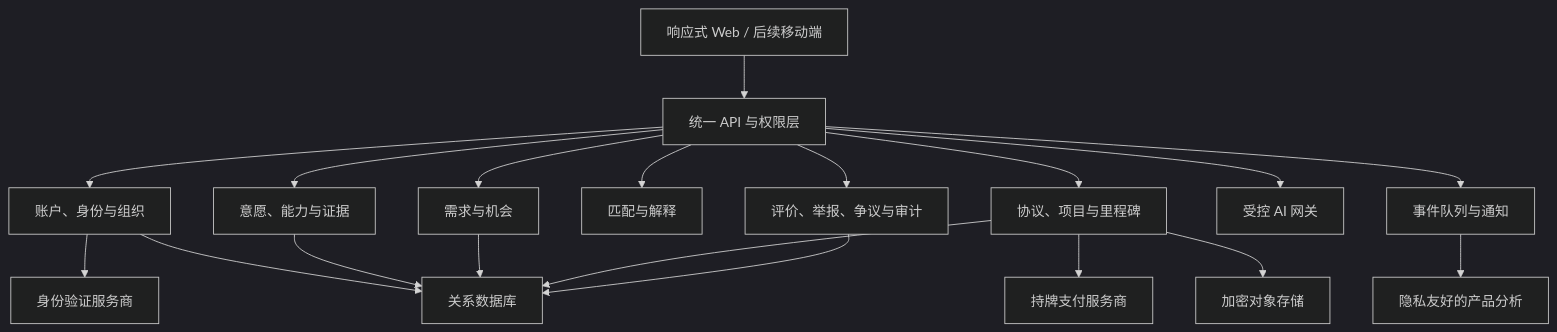
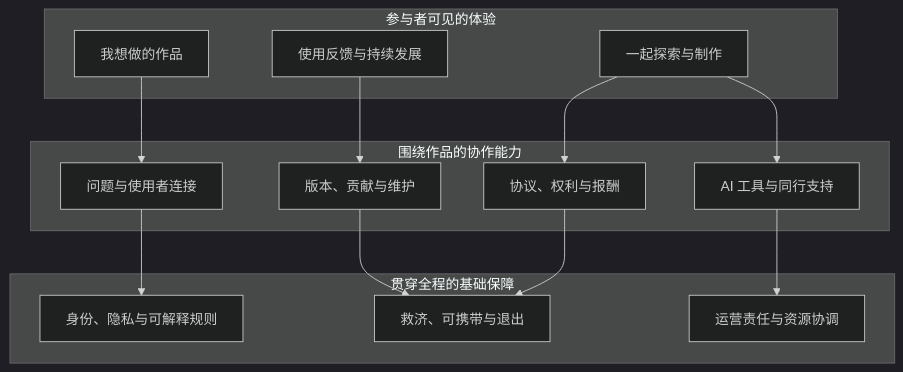
One commit to BillShiyaoZhang/desire-supply changed the tenth of 18 diagrams in docs/desire-supply-platform-design.md. Above: the diagram before and after it, drawn with Mermaid (dark theme). The commit also changed other lines of this file and 18 other files, not shown here.

````diff
--- a/docs/desire-supply-platform-design.md
+++ b/docs/desire-supply-platform-design.md
@@ -551,21 +266,27 @@
 ```mermaid
 flowchart TB
-    UI["响应式 Web / 后续移动端"] --> API["统一 API 与权限层"]
-    API --> ID["账户、身份与组织"]
-    API --> PROF["意愿、能力与证据"]
-    API --> OPP["需求与机会"]
-    API --> MATCH["匹配与解释"]
-    API --> AGREE["协议、项目与里程碑"]
-    API --> TRUST["评价、举报、争议与审计"]
-    AGREE --> PAY["持牌支付服务商"]
-    ID --> VERIFY["身份验证服务商"]
-    API --> AIGW["受控 AI 网关"]
-    ID --> DATA["关系数据库"]
-    PROF --> DATA
-    OPP --> DATA
-    AGREE --> DATA
-    TRUST --> DATA
-    AGREE --> OBJ["加密对象存储"]
-    API --> EVENT["事件队列与通知"]
-    EVENT --> ANALYTICS["隐私友好的产品分析"]
+    subgraph E["参与者可见的体验"]
+      E1["我想做的作品"]
+      E2["一起探索与制作"]
+      E3["使用反馈与持续发展"]
+    end
+    subgraph C["围绕作品的协作能力"]
+      C1["问题与使用者连接"]
+      C2["协议、权利与报酬"]
+      C3["版本、贡献与维护"]
+      C4["AI 工具与同行支持"]
+    end
+    subgraph B["贯穿全程的基础保障"]
+      B1["身份、隐私与可解释规则"]
+      B2["救济、可携带与退出"]
+      B3["运营责任与资源协调"]
+    end
+    E1 --> C1
+    E2 --> C2
+    E2 --> C4
+    E3 --> C3
+    C1 --> B1
+    C2 --> B2
+    C3 --> B2
+    C4 --> B3
 ```
````
